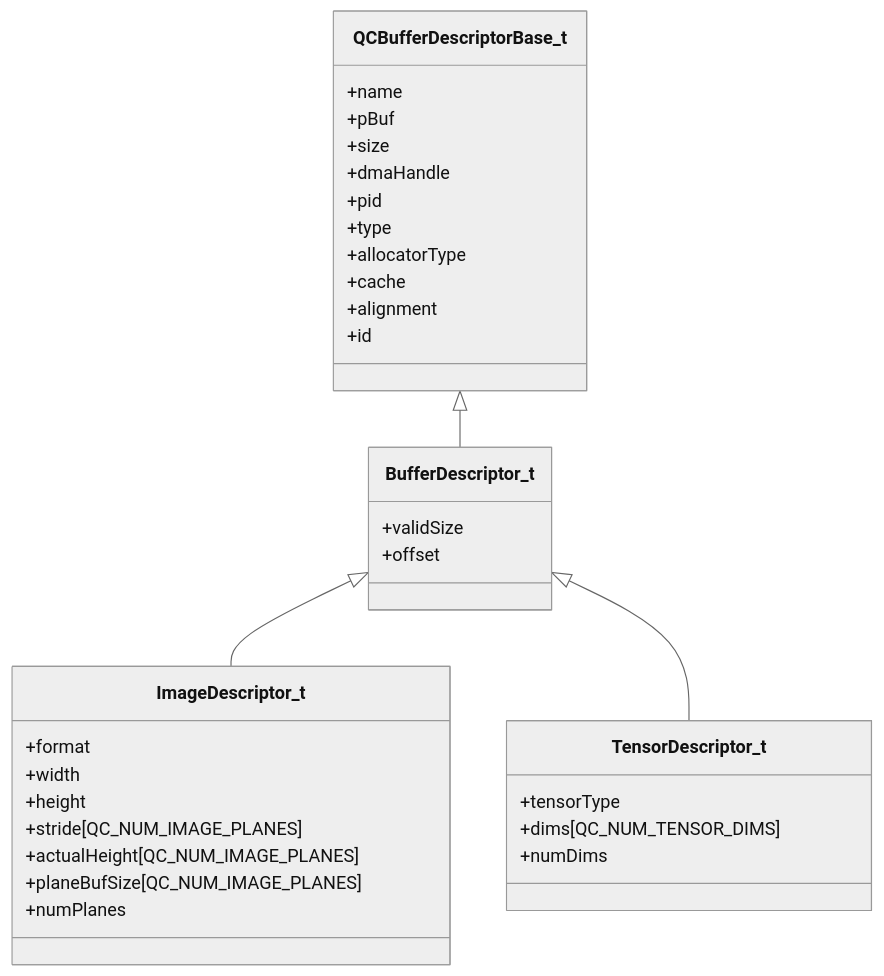
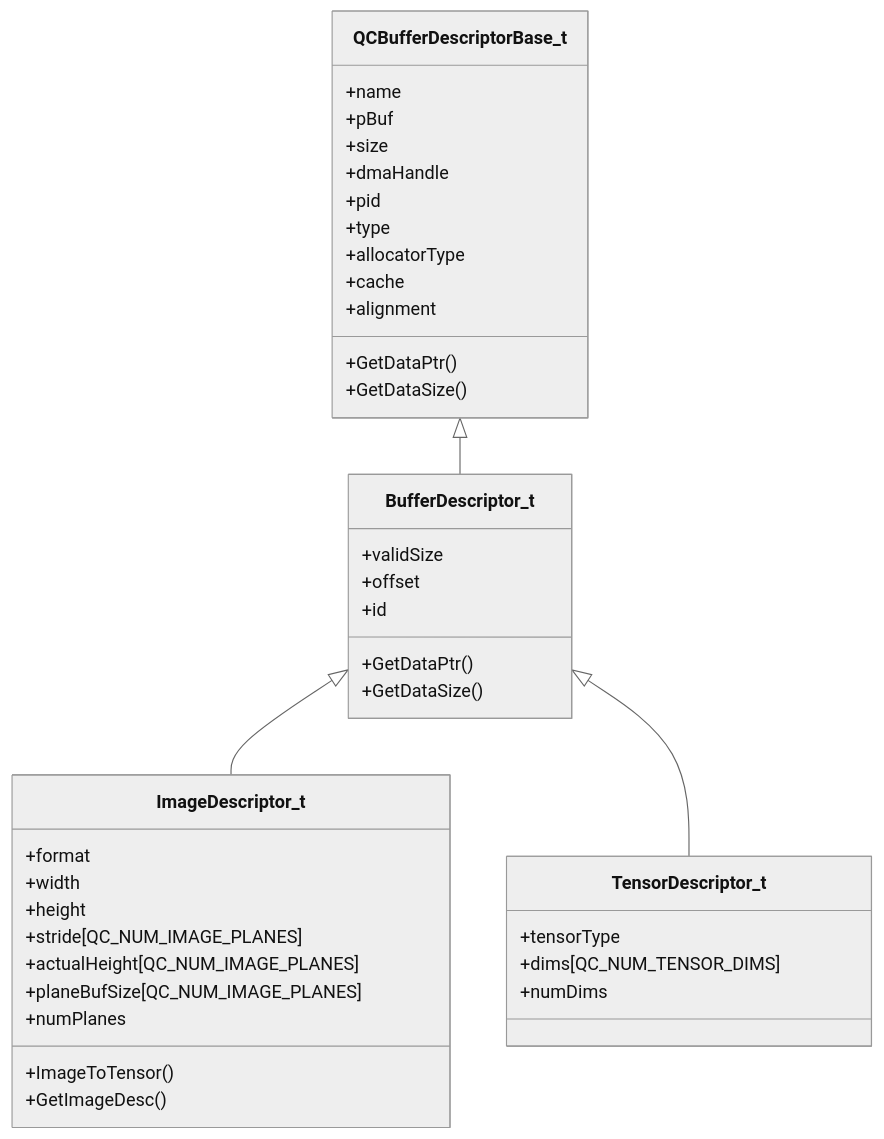
One commit to qualcomm-ossops/QcNode changed the first of 3 diagrams in docs/buffer.md. Above: the diagram before and after it, drawn with Mermaid (neutral theme). The commit also changed other lines of this file and 3 other files, not shown here.

````diff
--- a/docs/buffer.md
+++ b/docs/buffer.md
@@ -70,40 +111,46 @@
 ```mermaid
 classDiagram
     class QCBufferDescriptorBase_t {
         +name
         +pBuf
         +size
         +dmaHandle
         +pid
         +type
         +allocatorType
         +cache
         +alignment
-        +id
+        +GetDataPtr()
+        +GetDataSize()
     }
 
     class BufferDescriptor_t {
         +validSize
         +offset
+        +id
+        +GetDataPtr()
+        +GetDataSize()
     }
 
     class ImageDescriptor_t {
         +format
         +width
         +height
         +stride[QC_NUM_IMAGE_PLANES]
         +actualHeight[QC_NUM_IMAGE_PLANES]
         +planeBufSize[QC_NUM_IMAGE_PLANES]
         +numPlanes
+        +ImageToTensor()
+        +GetImageDesc()
     }
 
     class TensorDescriptor_t {
         +tensorType
         +dims[QC_NUM_TENSOR_DIMS]
         +numDims
     }
 
     QCBufferDescriptorBase_t <|-- BufferDescriptor_t
     BufferDescriptor_t <|-- ImageDescriptor_t
     BufferDescriptor_t <|-- TensorDescriptor_t
 ```
````
